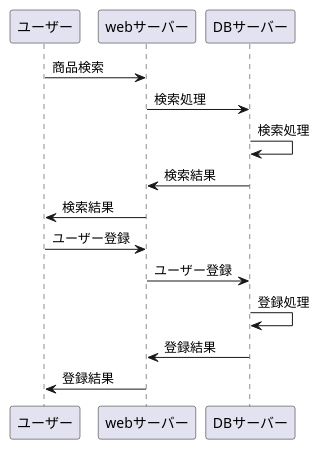
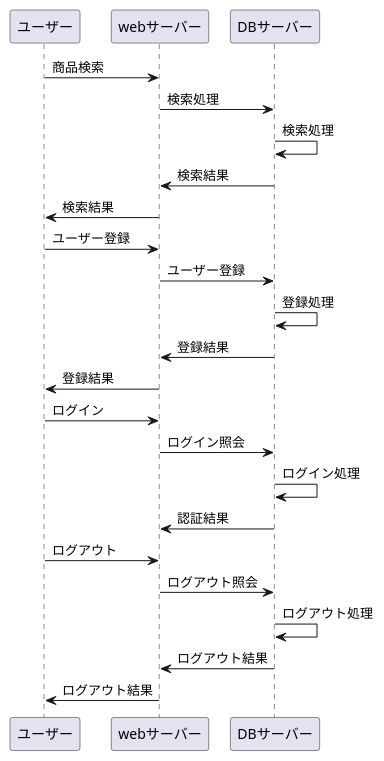
Before and after one commit to Aso2001142/2021sys-design: the diagram in サイト業務フロー.md, drawn with PlantUML.

````diff
--- a/サイト業務フロー.md
+++ b/サイト業務フロー.md
@@ -1,18 +1,27 @@
 ```uml
 @startuml
 ユーザー -> webサーバー : 商品検索
 webサーバー -> DBサーバー : 検索処理
 DBサーバー -> DBサーバー : 検索処理
 DBサーバー -> webサーバー : 検索結果
 webサーバー -> ユーザー : 検索結果
 
 
 ユーザー -> webサーバー : ユーザー登録
 webサーバー -> DBサーバー : ユーザー登録
 DBサーバー -> DBサーバー : 登録処理
 DBサーバー -> webサーバー : 登録結果
 webサーバー -> ユーザー : 登録結果
 
+ユーザー -> webサーバー : ログイン
+webサーバー -> DBサーバー : ログイン照会
+DBサーバー -> DBサーバー : ログイン処理
+DBサーバー -> webサーバー : 認証結果
 
+ユーザー -> webサーバー : ログアウト
+webサーバー -> DBサーバー : ログアウト照会
+DBサーバー -> DBサーバー : ログアウト処理
+DBサーバー -> webサーバー : ログアウト結果
+webサーバー -> ユーザー : ログアウト結果
 @enduml
 ```
````
